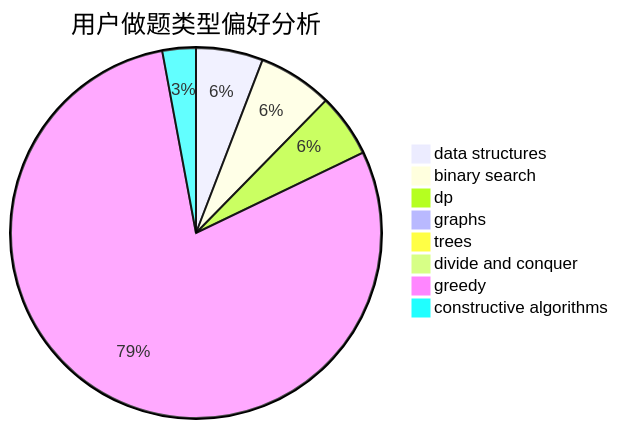
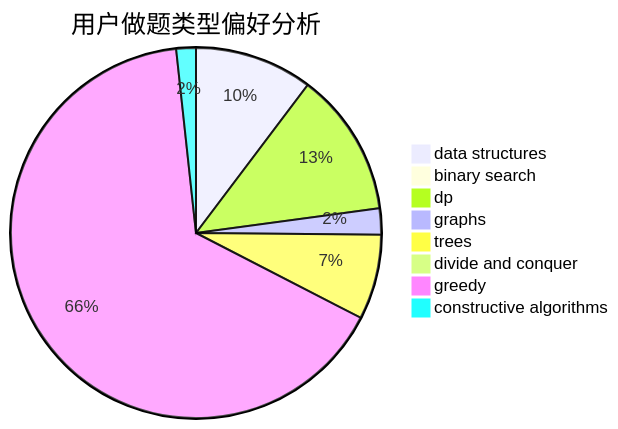
Before and after one commit to sherpahu/cfrs.github.io: the second of 3 diagrams in docs/user/u2400.md, drawn with Mermaid. The commit also changed other lines of this file and 2770 other files, not shown here.

````diff
--- a/docs/user/u2400.md
+++ b/docs/user/u2400.md
@@ -23,11 +23,11 @@
 ```mermaid
 pie title 用户做题类型偏好分析
     "data structures" :  18
-    "binary search" :  20
-    "dp" :  17
-    "graphs" :  0
-    "trees" :  1
+    "binary search" :  0
+    "dp" :  22
+    "graphs" :  4
+    "trees" :  13
     "divide and conquer" :  0
-    "greedy" :  244
-    "constructive algorithms" :  9
+    "greedy" :  115
+    "constructive algorithms" :  3
 ```
````
